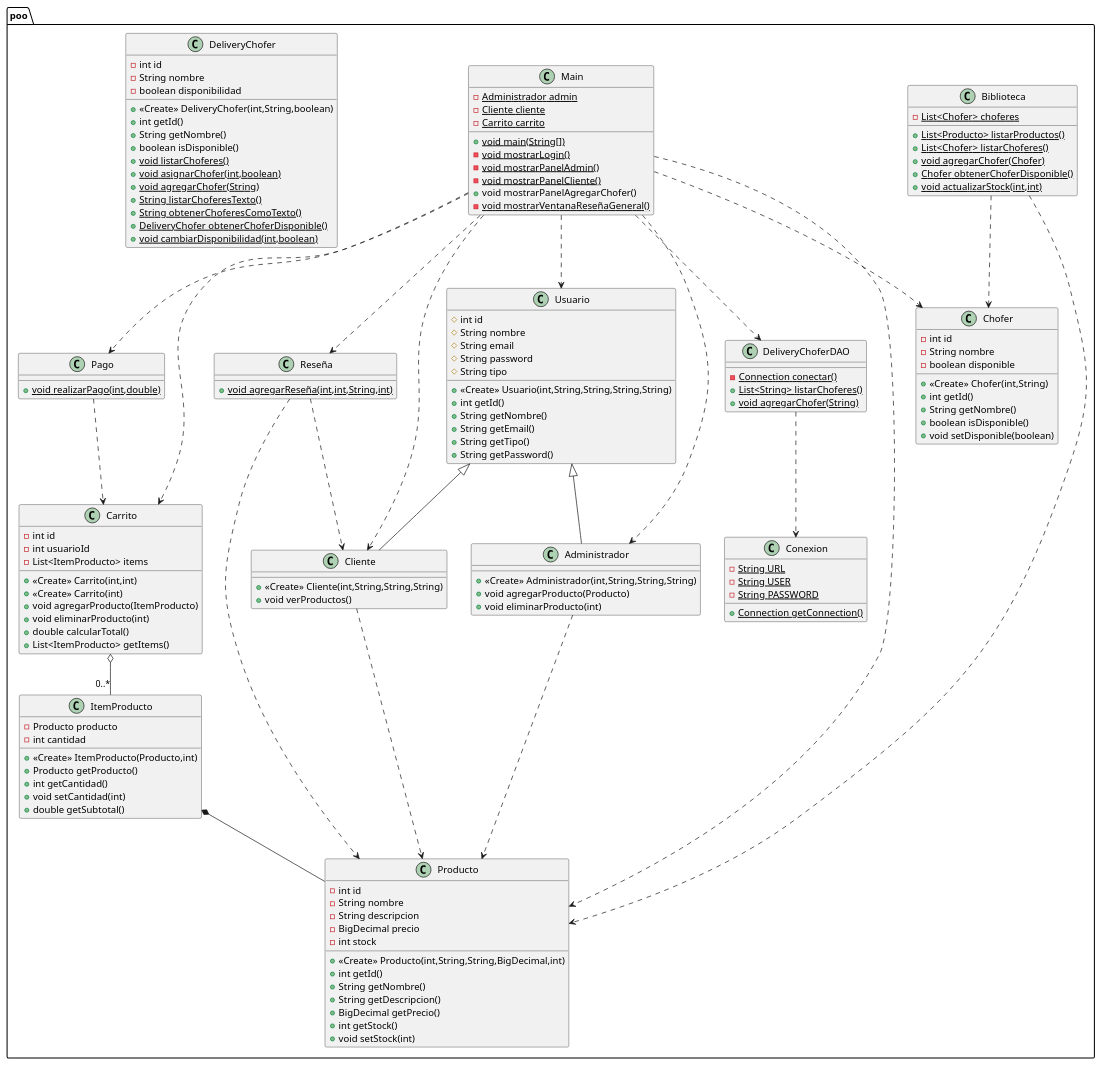
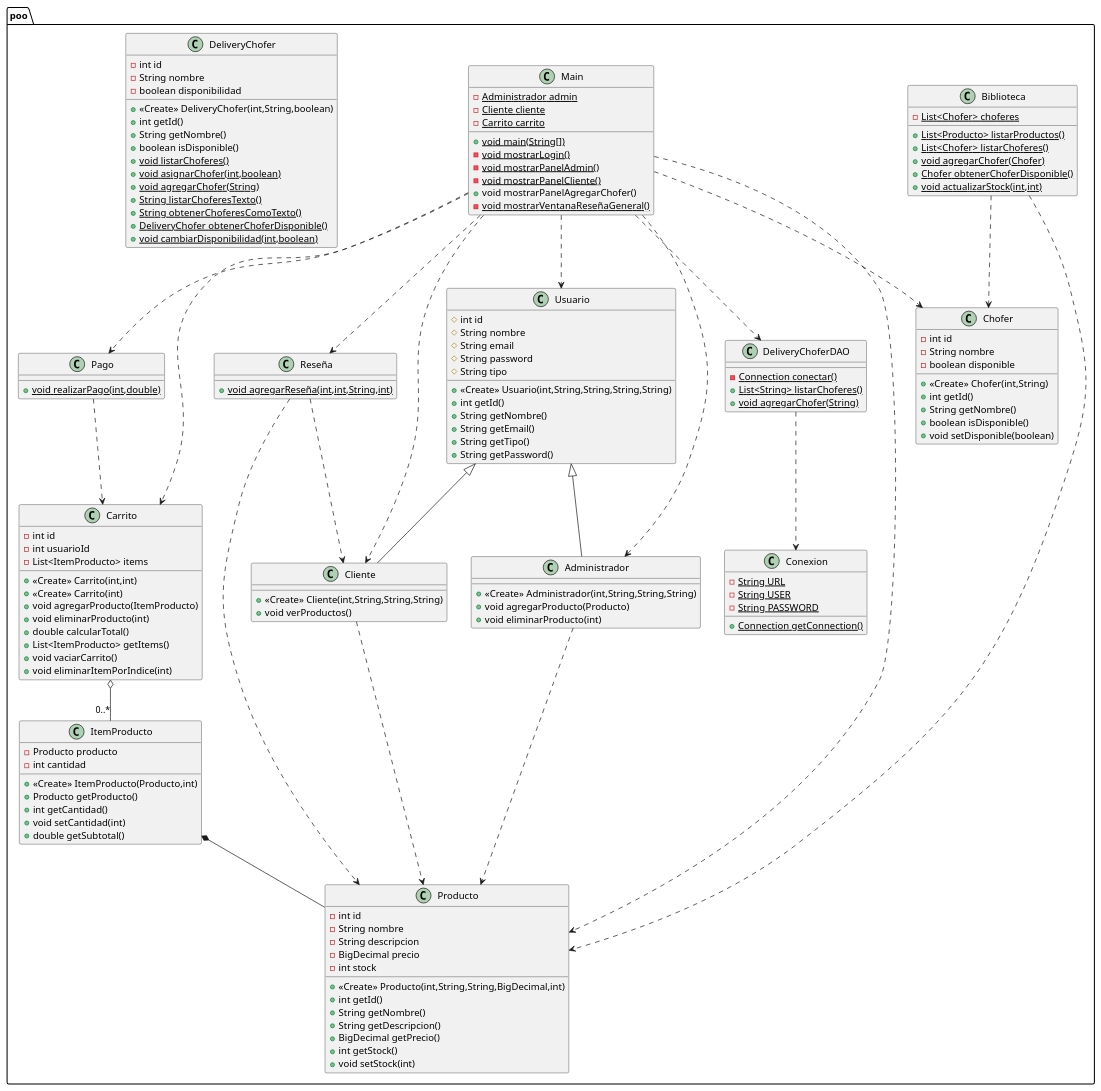
The diagram in poo_proyect/poo/212.puml (LuiSEnriquetxt/poo_final_2025), drawn with PlantUML before and after one commit.

```diff
--- a/poo_proyect/poo/212.puml
+++ b/poo_proyect/poo/212.puml
@@ -1,176 +1,178 @@
 @startuml
 class poo.Usuario {
 # int id
 # String nombre
 # String email
 # String password
 # String tipo
 + <<Create>> Usuario(int,String,String,String,String)
 + int getId()
 + String getNombre()
 + String getEmail()
 + String getTipo()
 + String getPassword()
 }
 
 
 class poo.Cliente {
 + <<Create>> Cliente(int,String,String,String)
 + void verProductos()
 }
 
 class poo.ItemProducto {
 - Producto producto
 - int cantidad
 + <<Create>> ItemProducto(Producto,int)
 + Producto getProducto()
 + int getCantidad()
 + void setCantidad(int)
 + double getSubtotal()
 }
 
 
 class poo.Pago {
 + {static} void realizarPago(int,double)
 }
 
 class poo.DeliveryChoferDAO {
 - {static} Connection conectar()
 + {static} List<String> listarChoferes()
 + {static} void agregarChofer(String)
 }
 
 class poo.Producto {
 - int id
 - String nombre
 - String descripcion
 - BigDecimal precio
 - int stock
 + <<Create>> Producto(int,String,String,BigDecimal,int)
 + int getId()
 + String getNombre()
 + String getDescripcion()
 + BigDecimal getPrecio()
 + int getStock()
 + void setStock(int)
 }
 
 
 class poo.Carrito {
 - int id
 - int usuarioId
 - List<ItemProducto> items
 + <<Create>> Carrito(int,int)
 + <<Create>> Carrito(int)
 + void agregarProducto(ItemProducto)
 + void eliminarProducto(int)
 + double calcularTotal()
 + List<ItemProducto> getItems()
++ void vaciarCarrito()
++ void eliminarItemPorIndice(int)
 }
 
 
 class poo.Biblioteca {
 - {static} List<Chofer> choferes
 + {static} List<Producto> listarProductos()
 + {static} List<Chofer> listarChoferes()
 + {static} void agregarChofer(Chofer)
 + {static} Chofer obtenerChoferDisponible()
 + {static} void actualizarStock(int,int)
 }
 
 
 class poo.Main {
 - {static} Administrador admin
 - {static} Cliente cliente
 - {static} Carrito carrito
 + {static} void main(String[])
 - {static} void mostrarLogin()
 - {static} void mostrarPanelAdmin()
 - {static} void mostrarPanelCliente()
 + void mostrarPanelAgregarChofer()
 - {static} void mostrarVentanaReseñaGeneral()
 }
 
 
 class poo.Chofer {
 - int id
 - String nombre
 - boolean disponible
 + <<Create>> Chofer(int,String)
 + int getId()
 + String getNombre()
 + boolean isDisponible()
 + void setDisponible(boolean)
 }
 
 
 class poo.Administrador {
 + <<Create>> Administrador(int,String,String,String)
 + void agregarProducto(Producto)
 + void eliminarProducto(int)
 }
 
 class poo.Conexion {
 - {static} String URL
 - {static} String USER
 - {static} String PASSWORD
 + {static} Connection getConnection()
 }
 
 
 class poo.DeliveryChofer {
 - int id
 - String nombre
 - boolean disponibilidad
 + <<Create>> DeliveryChofer(int,String,boolean)
 + int getId()
 + String getNombre()
 + boolean isDisponible()
 + {static} void listarChoferes()
 + {static} void asignarChofer(int,boolean)
 + {static} void agregarChofer(String)
 + {static} String listarChoferesTexto()
 + {static} String obtenerChoferesComoTexto()
 + {static} DeliveryChofer obtenerChoferDisponible()
 + {static} void cambiarDisponibilidad(int,boolean)
 }
 
 
 class poo.Reseña {
 + {static} void agregarReseña(int,int,String,int)
 }
 
 
 ' ===== HERENCIA =====
 poo.Usuario <|-- poo.Cliente
 poo.Usuario <|-- poo.Administrador
 
 ' ===== AGREGACIÓN Y COMPOSICIÓN =====
 poo.Carrito o-- "0..*" poo.ItemProducto
 poo.ItemProducto *-- poo.Producto
 
 ' ===== USO / DEPENDENCIAS =====
 poo.Cliente ..> poo.Producto
 poo.Administrador ..> poo.Producto
 
 poo.Biblioteca ..> poo.Producto
 poo.Biblioteca ..> poo.Chofer
 
 poo.DeliveryChoferDAO ..> poo.Conexion
 
 poo.Pago ..> poo.Carrito
 
 poo.Reseña ..> poo.Producto
 poo.Reseña ..> poo.Cliente
 
 poo.Main ..> poo.Usuario
 poo.Main ..> poo.Cliente
 poo.Main ..> poo.Administrador
 poo.Main ..> poo.Carrito
 poo.Main ..> poo.Producto
 poo.Main ..> poo.Chofer
 poo.Main ..> poo.DeliveryChoferDAO
 poo.Main ..> poo.Reseña
 poo.Main ..> poo.Pago
 
 @enduml
```
